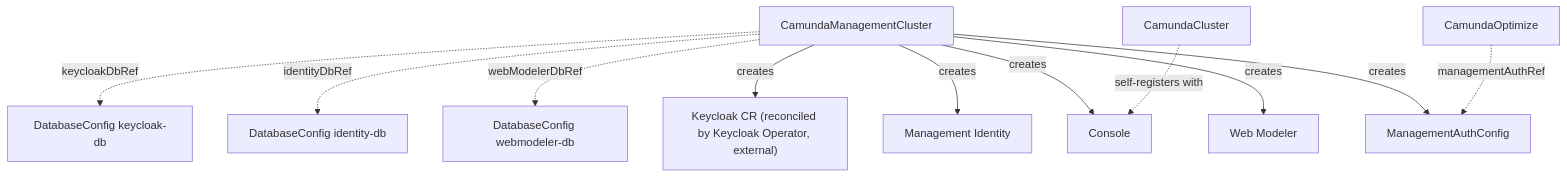
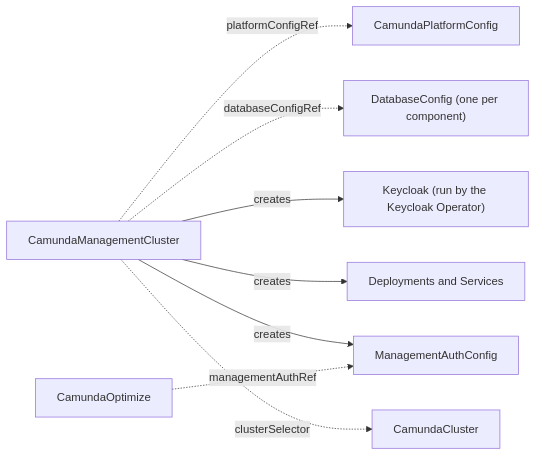
Before and after one commit to konsole-is/camunda-operator: the diagram in docs/crds/camundamanagementcluster.md, drawn with Mermaid. The commit also changed other lines of this file and 10 other files, not shown here.

````diff
--- a/docs/crds/camundamanagementcluster.md
+++ b/docs/crds/camundamanagementcluster.md
@@ -37,13 +33,10 @@
 ```mermaid
-graph TD
-    MC[CamundaManagementCluster] -.->|keycloakDbRef| DCKC[DatabaseConfig keycloak-db]
-    MC -.->|identityDbRef| DCID[DatabaseConfig identity-db]
-    MC -.->|webModelerDbRef| DCWM[DatabaseConfig webmodeler-db]
-    MC -->|creates| KC["Keycloak CR (reconciled by Keycloak Operator, external)"]
-    MC -->|creates| MI[Management Identity]
-    MC -->|creates| CON[Console]
-    MC -->|creates| WM[Web Modeler]
+graph LR
+    MC[CamundaManagementCluster] -.->|platformConfigRef| PFC[CamundaPlatformConfig]
+    MC -.->|databaseConfigRef| DBC["DatabaseConfig (one per component)"]
+    MC -->|creates| KC["Keycloak (run by the Keycloak Operator)"]
+    MC -->|creates| WL["Deployments and Services"]
     MC -->|creates| MAC[ManagementAuthConfig]
+    MC -.->|clusterSelector| CC[CamundaCluster]
     OPT[CamundaOptimize] -.->|managementAuthRef| MAC
-    CC[CamundaCluster] -.->|self-registers with| CON
 ```
````
